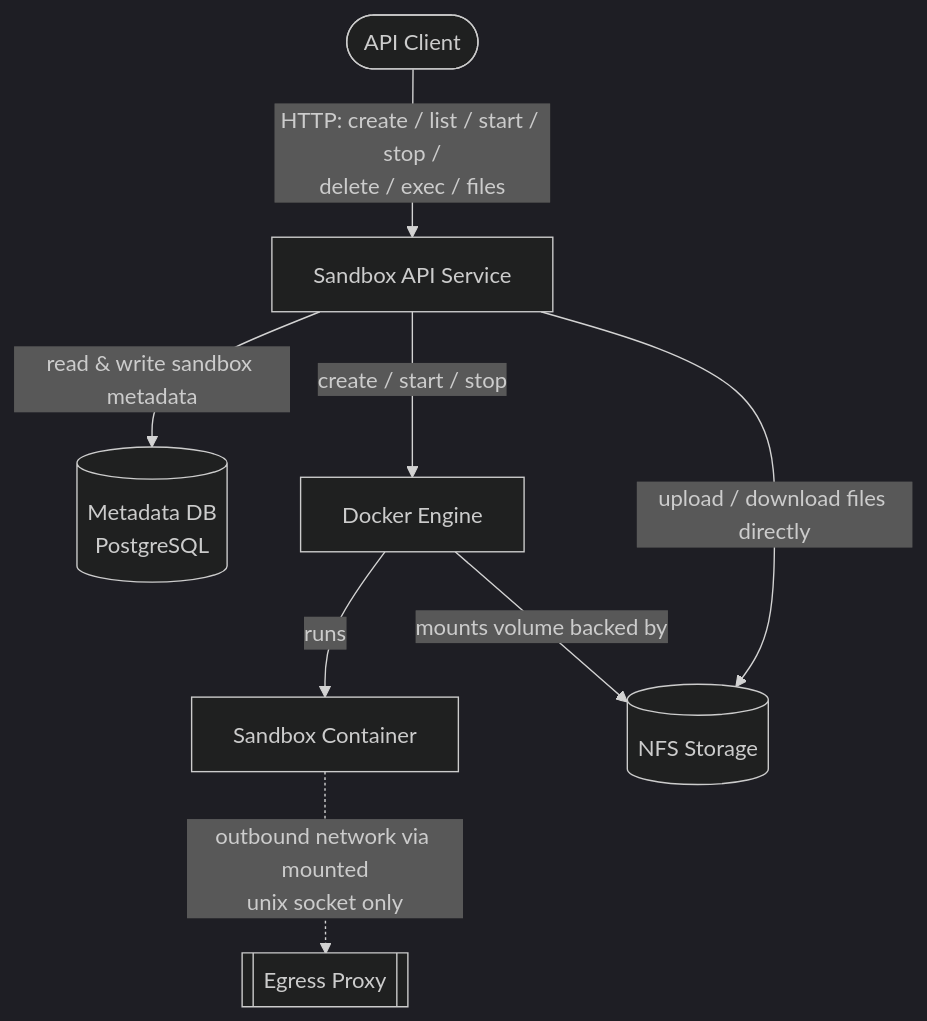
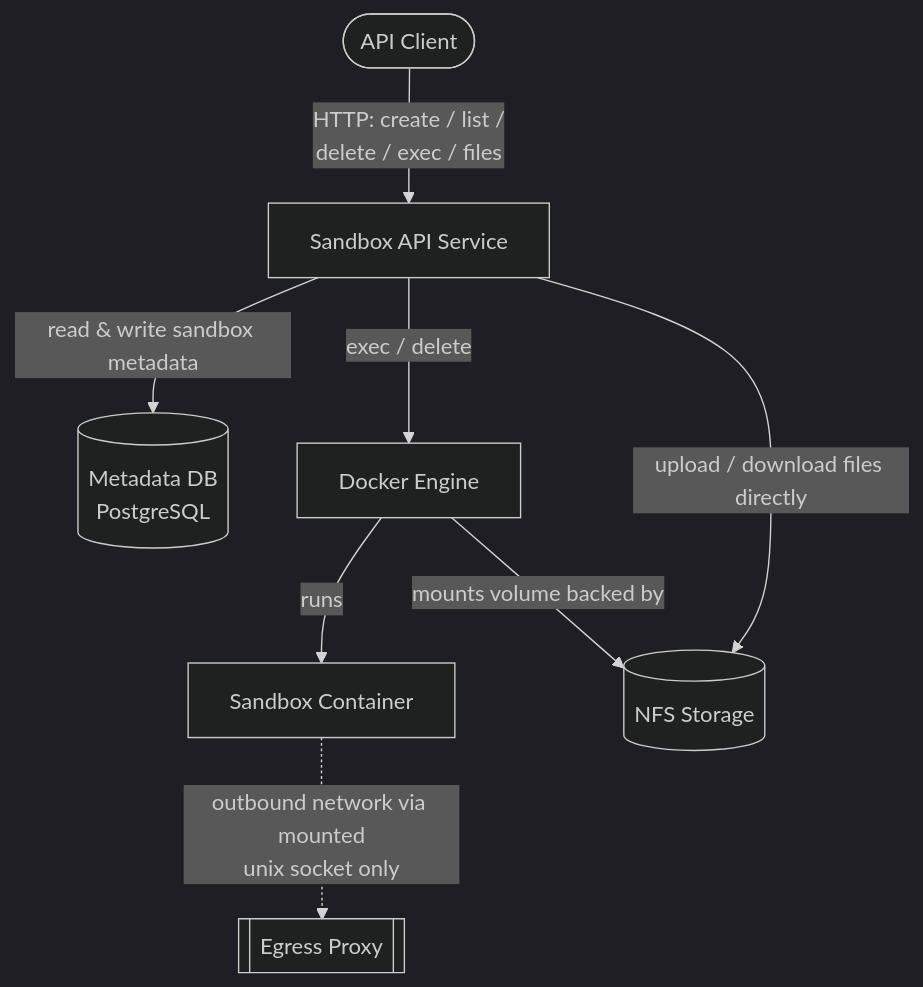
Before and after one commit to nocmok/agent-sandbox: the diagram in docs/00-agent-sandbox-architecture.md, drawn with Mermaid (dark theme). The commit also changed other lines of this file, not shown here.

Commit message:
clean up architecture

````diff
--- a/docs/00-agent-sandbox-architecture.md
+++ b/docs/00-agent-sandbox-architecture.md
@@ -11,18 +11,18 @@
 ```mermaid
 graph TB
     Client([API Client])
     API[Sandbox API Service]
     DB[(Metadata DB<br/>PostgreSQL)]
     Docker[Docker Engine]
     Container[Sandbox Container]
     NFS[(NFS Storage)]
     Proxy[[Egress Proxy]]
 
-    Client -- "HTTP: create / list / start / stop /<br/>delete / exec / files" --> API
+    Client -- "HTTP: create / list /<br/>delete / exec / files" --> API
     API -- "read & write sandbox metadata" --> DB
-    API -- "create / start / stop" --> Docker
+    API -- "exec / delete" --> Docker
     Docker -- "runs" --> Container
     Docker -- "mounts volume backed by" --> NFS
     API -- "upload / download files directly" --> NFS
     Container -. "outbound network via mounted<br/>unix socket only" .-> Proxy
 ```
````
